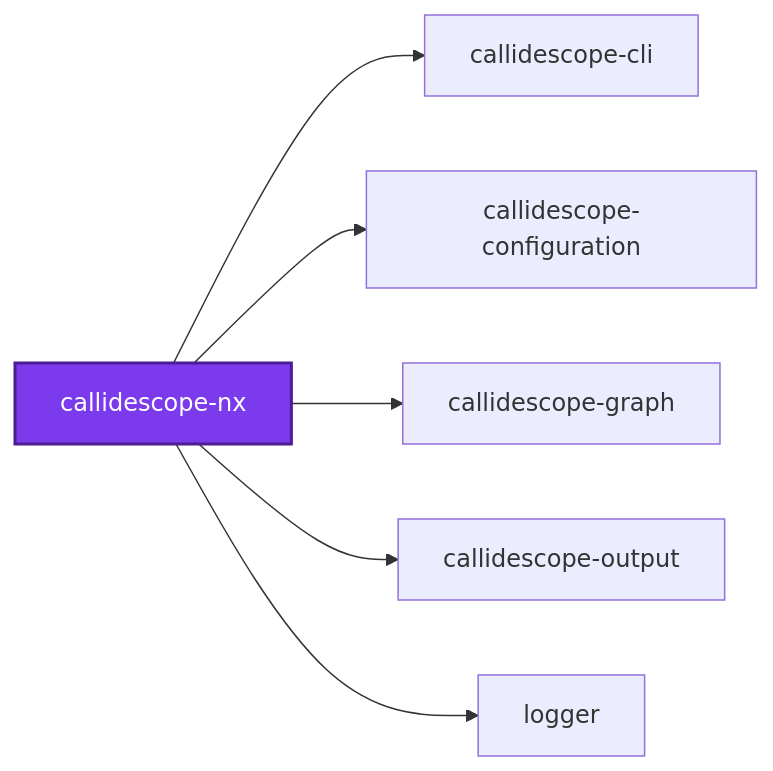
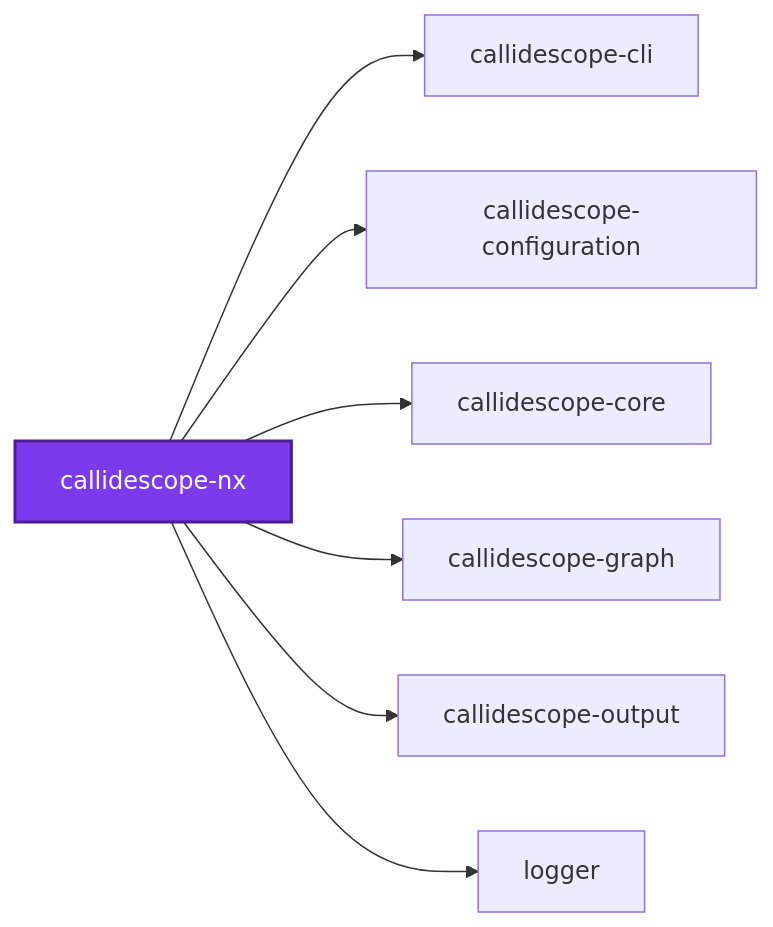
One commit to JimmyPaolini/codebase changed the first of 3 diagrams in packages/ic-suite/callidescope/callidescope-nx/README.md. Above: the diagram before and after it, drawn with Mermaid. The commit also changed 78 other files, not shown here.

````diff
--- a/packages/ic-suite/callidescope/callidescope-nx/README.md
+++ b/packages/ic-suite/callidescope/callidescope-nx/README.md
@@ -307,16 +307,18 @@
 ```mermaid
 graph LR
   callidescope_cli["callidescope-cli"]
   callidescope_configuration["callidescope-configuration"]
+  callidescope_core["callidescope-core"]
   callidescope_graph["callidescope-graph"]
   callidescope_nx["callidescope-nx"]
   callidescope_output["callidescope-output"]
   logger["logger"]
   callidescope_nx --> callidescope_cli
   callidescope_nx --> callidescope_configuration
+  callidescope_nx --> callidescope_core
   callidescope_nx --> callidescope_graph
   callidescope_nx --> callidescope_output
   callidescope_nx --> logger
   classDef subject fill:#7c3aed,color:#fff,stroke:#4c1d95,stroke-width:2px
   class callidescope_nx subject
 ```
````
